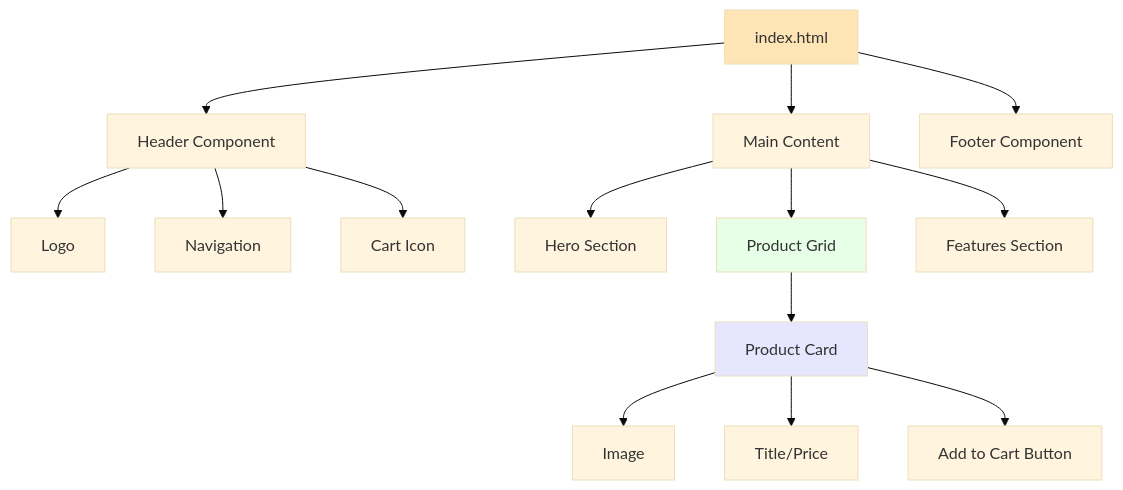
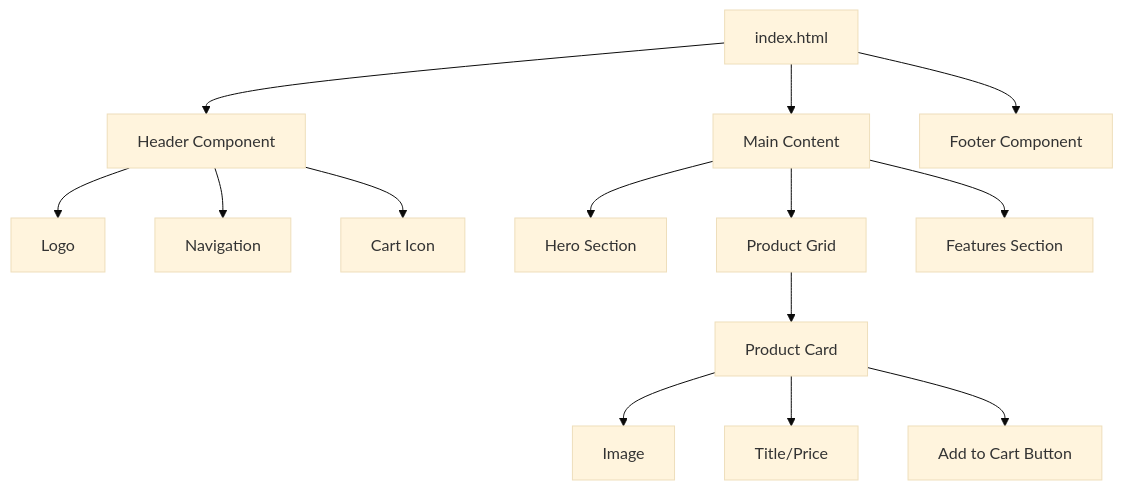
Before and after one commit to o2alexanderfedin/AI-Hive-Business-Docs: the second of 2 diagrams in presentations/from-team-to-agents/slides/slide-08-simple-example.md, drawn with Mermaid (base theme). The commit also changed other lines of this file and 3 other files, not shown here.

First line of the commit message:
Remove color schemes from all Mermaid diagrams

````diff
--- a/presentations/from-team-to-agents/slides/slide-08-simple-example.md
+++ b/presentations/from-team-to-agents/slides/slide-08-simple-example.md
@@ -55,23 +51,20 @@
 ```mermaid
 graph TD
     A[index.html] --> B[Header Component]
     A --> C[Main Content]
     A --> D[Footer Component]
 
     B --> E[Logo]
     B --> F[Navigation]
     B --> G[Cart Icon]
 
     C --> H[Hero Section]
     C --> I[Product Grid]
     C --> J[Features Section]
 
     I --> K[Product Card]
     K --> L[Image]
     K --> M[Title/Price]
     K --> N[Add to Cart Button]
 
-    style A fill:#FFE4B5
-    style I fill:#E6FFE6
-    style K fill:#E6E6FF
 ```
````
